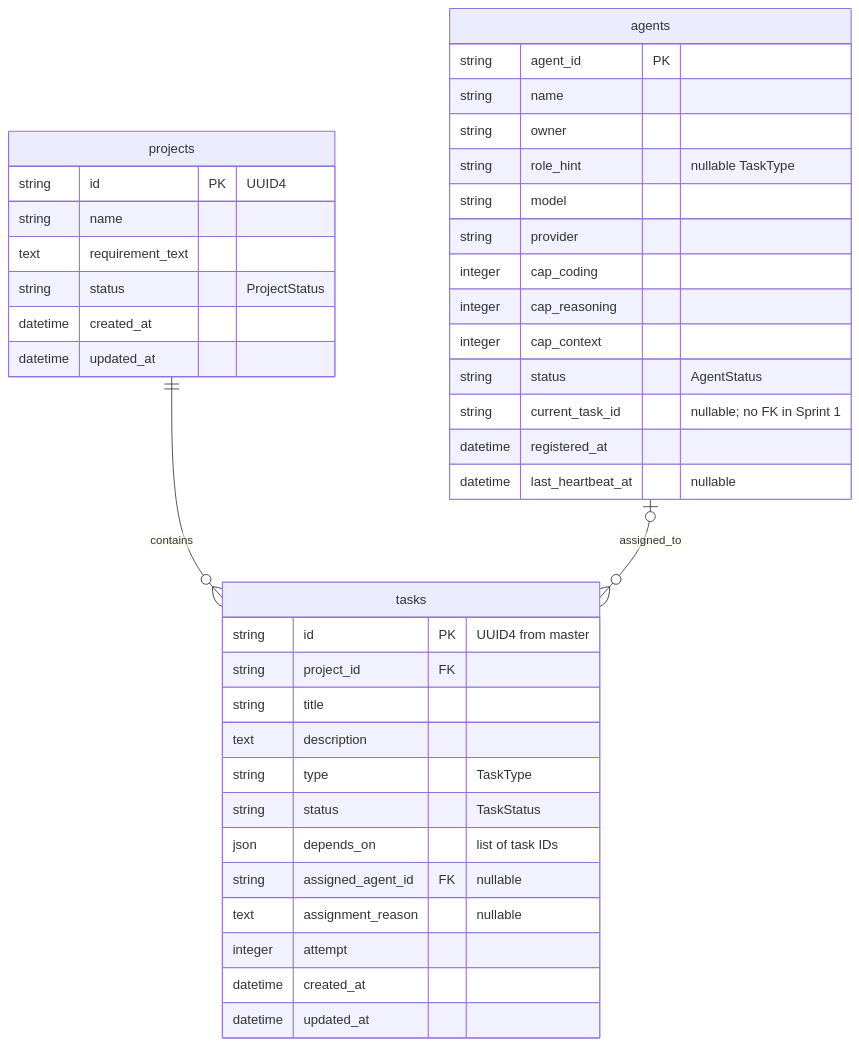
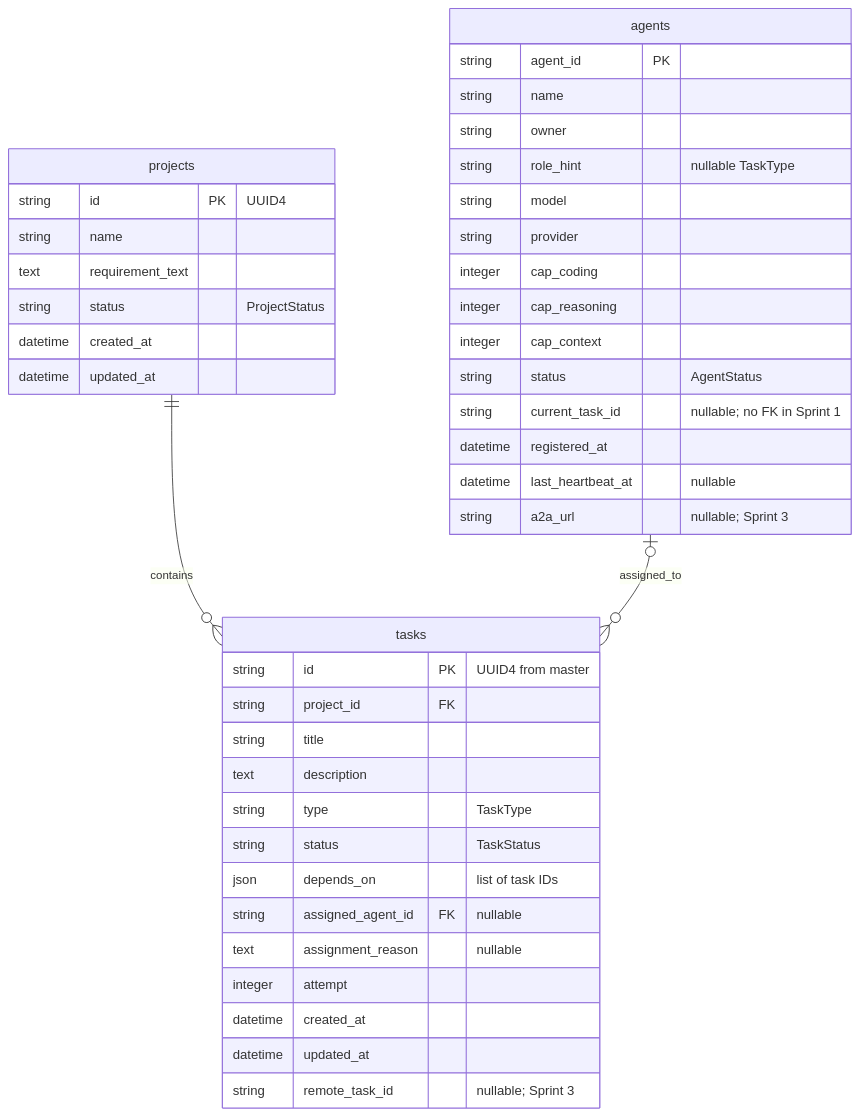
Before and after one commit to Hamzamn19/Distributed-AI-Dev-Platform: the diagram in docs/database.md, drawn with Mermaid. The commit also changed other lines of this file and 19 other files, not shown here.

````diff
--- a/docs/database.md
+++ b/docs/database.md
@@ -28,43 +28,45 @@
 ```mermaid
 erDiagram
     projects ||--o{ tasks : contains
     agents o|--o{ tasks : assigned_to
 
     agents {
         string agent_id PK
         string name
         string owner
         string role_hint "nullable TaskType"
         string model
         string provider
         integer cap_coding
         integer cap_reasoning
         integer cap_context
         string status "AgentStatus"
         string current_task_id "nullable; no FK in Sprint 1"
         datetime registered_at
         datetime last_heartbeat_at "nullable"
+        string a2a_url "nullable; Sprint 3"
     }
     projects {
         string id PK "UUID4"
         string name
         text requirement_text
         string status "ProjectStatus"
         datetime created_at
         datetime updated_at
     }
     tasks {
         string id PK "UUID4 from master"
         string project_id FK
         string title
         text description
         string type "TaskType"
         string status "TaskStatus"
         json depends_on "list of task IDs"
         string assigned_agent_id FK "nullable"
         text assignment_reason "nullable"
         integer attempt
         datetime created_at
         datetime updated_at
+        string remote_task_id "nullable; Sprint 3"
     }
 ```
````
